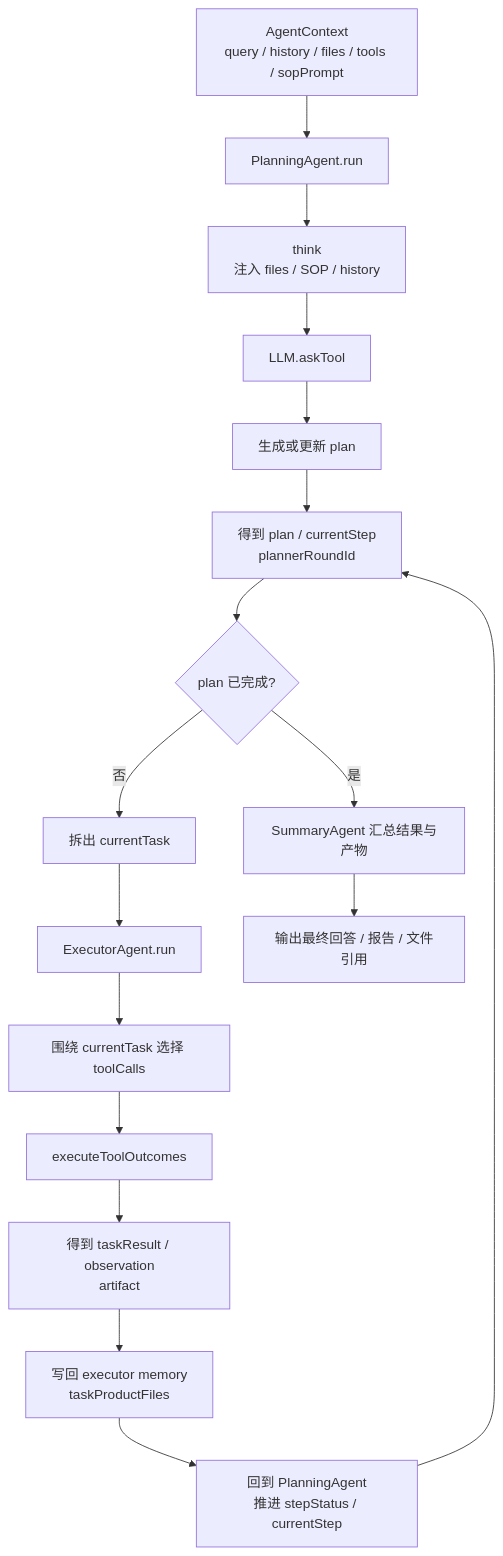
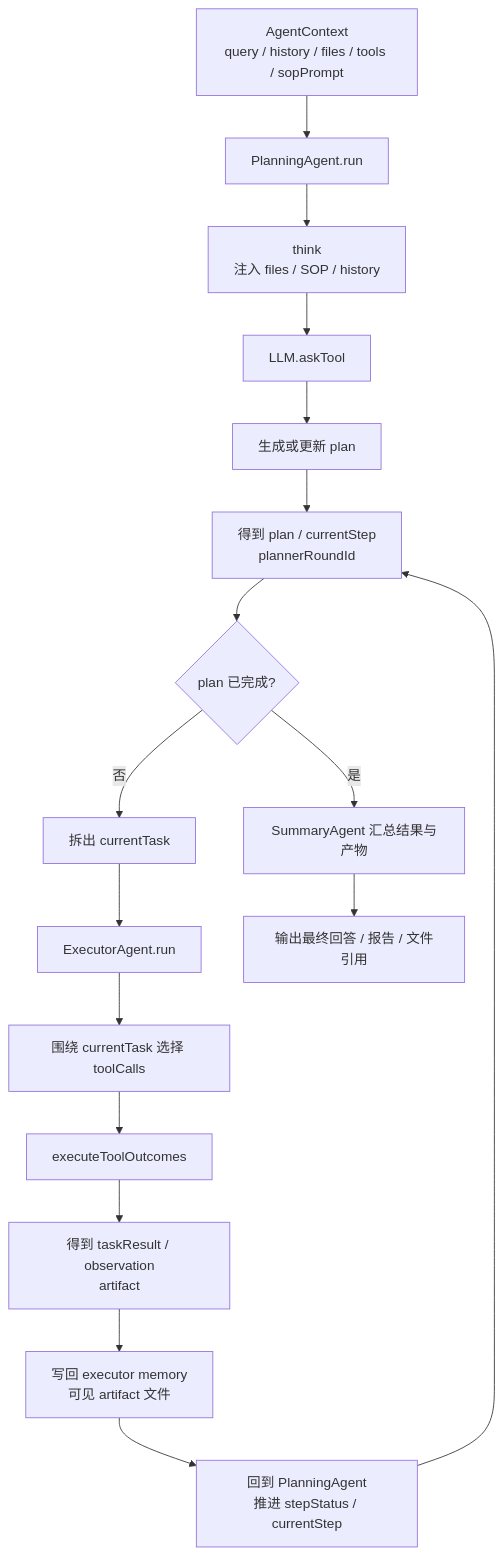
One commit to OWWZO/ai-agent changed the third of 3 diagrams in README.md. Above: the diagram before and after it, drawn with Mermaid. The commit also changed other lines of this file and 418 other files, not shown here.

````diff
--- a/README.md
+++ b/README.md
@@ -320,23 +320,23 @@
 ```mermaid
 flowchart TD
 A["AgentContext<br/>query / history / files / tools / sopPrompt"]
 B["PlanningAgent.run"]
 C["think<br/>注入 files / SOP / history"]
 D["LLM.askTool"]
 E["生成或更新 plan"]
 F["得到 plan / currentStep<br/>plannerRoundId"]
 G{"plan 已完成?"}
 H["拆出 currentTask"]
 I["ExecutorAgent.run"]
 J["围绕 currentTask 选择 toolCalls"]
 K["executeToolOutcomes"]
 L["得到 taskResult / observation<br/>artifact"]
-M["写回 executor memory<br/>taskProductFiles"]
+M["写回 executor memory<br/>可见 artifact 文件"]
 N["回到 PlanningAgent<br/>推进 stepStatus / currentStep"]
 O["SummaryAgent 汇总结果与产物"]
 P["输出最终回答 / 报告 / 文件引用"]
 
 A --> B --> C --> D --> E --> F --> G
 G -->|否| H --> I --> J --> K --> L --> M --> N --> F
 G -->|是| O --> P
 ```
````
